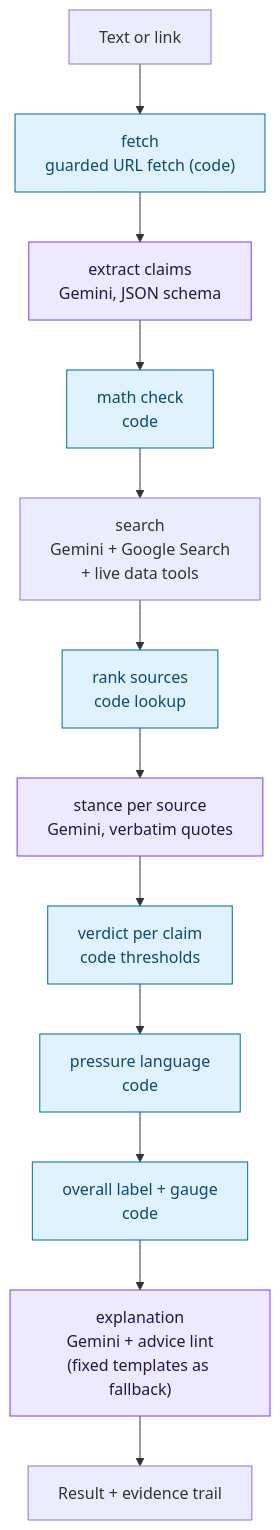
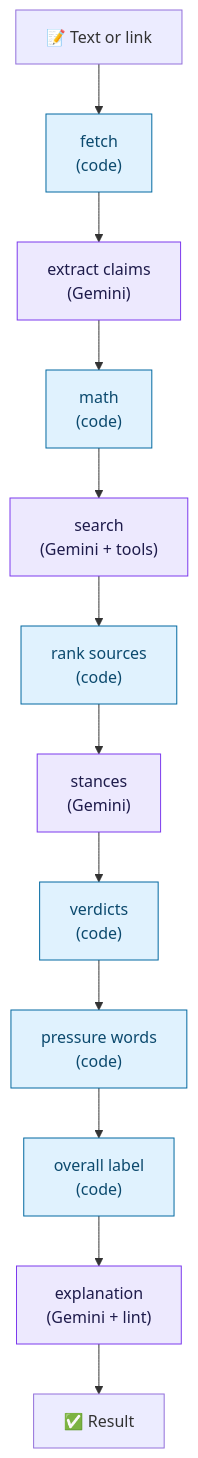
Before and after one commit to karbaz017/trustcheck: the second of 2 diagrams in README.md, drawn with Mermaid. The commit also changed other lines of this file, not shown here.

Commit message:
README: readable diagrams on GitHub (top-down layout, short labels)

````diff
--- a/README.md
+++ b/README.md
@@ -168,19 +171,19 @@
 ```mermaid
 flowchart TD
-  IN["Text or link"] --> F["fetch<br/>guarded URL fetch (code)"]
-  F --> X["extract claims<br/>Gemini, JSON schema"]
-  X --> M["math check<br/>code"]
-  M --> S["search<br/>Gemini + Google Search<br/>+ live data tools"]
-  S --> T["rank sources<br/>code lookup"]
-  T --> ST["stance per source<br/>Gemini, verbatim quotes"]
-  ST --> V["verdict per claim<br/>code thresholds"]
-  V --> H["pressure language<br/>code"]
-  H --> AG["overall label + gauge<br/>code"]
-  AG --> E["explanation<br/>Gemini + advice lint<br/>(fixed templates as fallback)"]
-  E --> OUT["Result + evidence trail"]
+  IN["📝 Text or link"] --> F["fetch<br/>(code)"]
+  F --> X["extract claims<br/>(Gemini)"]
+  X --> M["math<br/>(code)"]
+  M --> S["search<br/>(Gemini + tools)"]
+  S --> T["rank sources<br/>(code)"]
+  T --> ST["stances<br/>(Gemini)"]
+  ST --> V["verdicts<br/>(code)"]
+  V --> H["pressure words<br/>(code)"]
+  H --> AG["overall label<br/>(code)"]
+  AG --> E["explanation<br/>(Gemini + lint)"]
+  E --> OUT["✅ Result"]
 
   classDef ai fill:#ede9fe,stroke:#7c3aed,color:#1e1b4b
   classDef code fill:#e0f2fe,stroke:#0369a1,color:#0c4a6e
-  class X,ST,E ai
+  class X,S,ST,E ai
   class F,M,T,V,H,AG code
 ```
````
